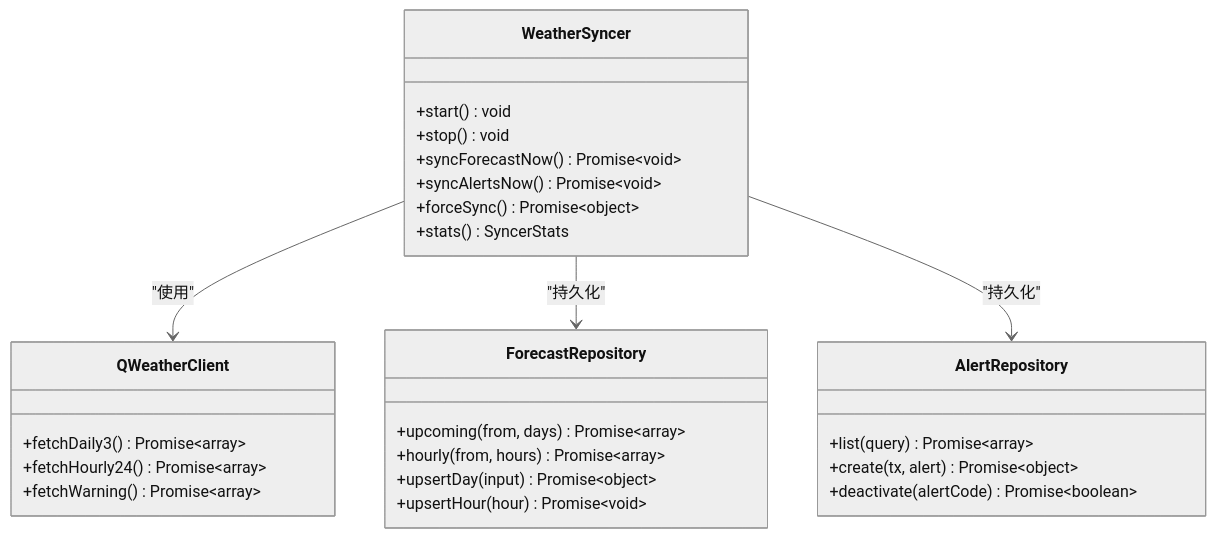
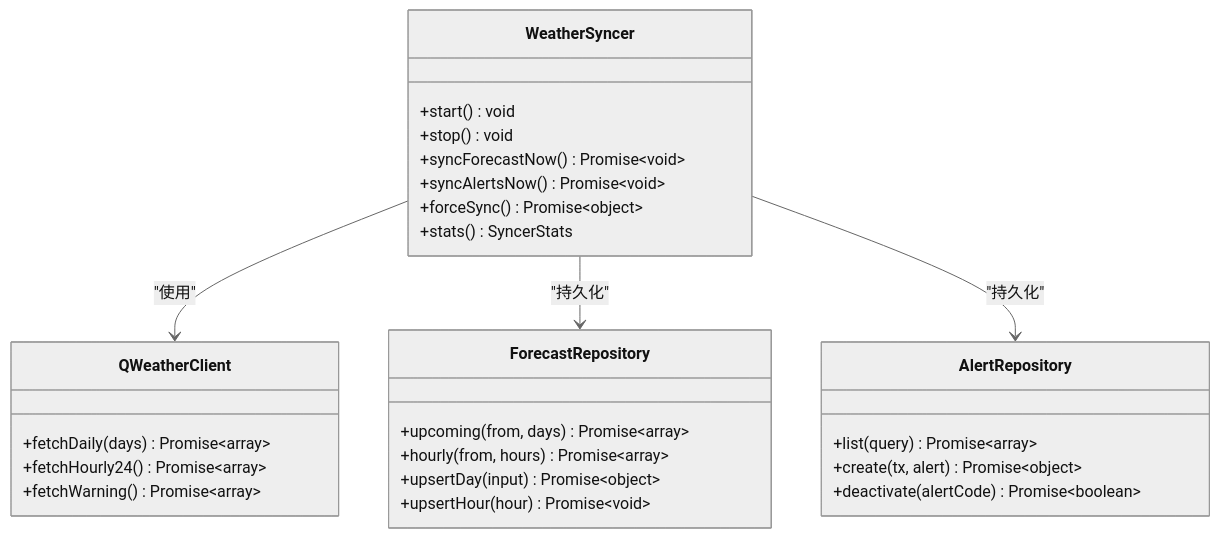
Before and after one commit to q446328246/agri-platform: diagram 11 of 15 in .qoder/repowiki/zh/content/核心服务文档/其他业务服务.md, drawn with Mermaid (neutral theme). The commit also changed other lines of this file and 39 other files, not shown here.

````diff
--- a/.qoder/repowiki/zh/content/核心服务文档/其他业务服务.md
+++ b/.qoder/repowiki/zh/content/核心服务文档/其他业务服务.md
@@ -396,30 +402,30 @@
 ```mermaid
 classDiagram
 class WeatherSyncer {
 +start() void
 +stop() void
 +syncForecastNow() Promise~void~
 +syncAlertsNow() Promise~void~
 +forceSync() Promise~object~
 +stats() SyncerStats
 }
 class QWeatherClient {
-+fetchDaily3() Promise~array~
++fetchDaily(days) Promise~array~
 +fetchHourly24() Promise~array~
 +fetchWarning() Promise~array~
 }
 class ForecastRepository {
 +upcoming(from, days) Promise~array~
 +hourly(from, hours) Promise~array~
 +upsertDay(input) Promise~object~
 +upsertHour(hour) Promise~void~
 }
 class AlertRepository {
 +list(query) Promise~array~
 +create(tx, alert) Promise~object~
 +deactivate(alertCode) Promise~boolean~
 }
 WeatherSyncer --> QWeatherClient : "使用"
 WeatherSyncer --> ForecastRepository : "持久化"
 WeatherSyncer --> AlertRepository : "持久化"
 ```
````
